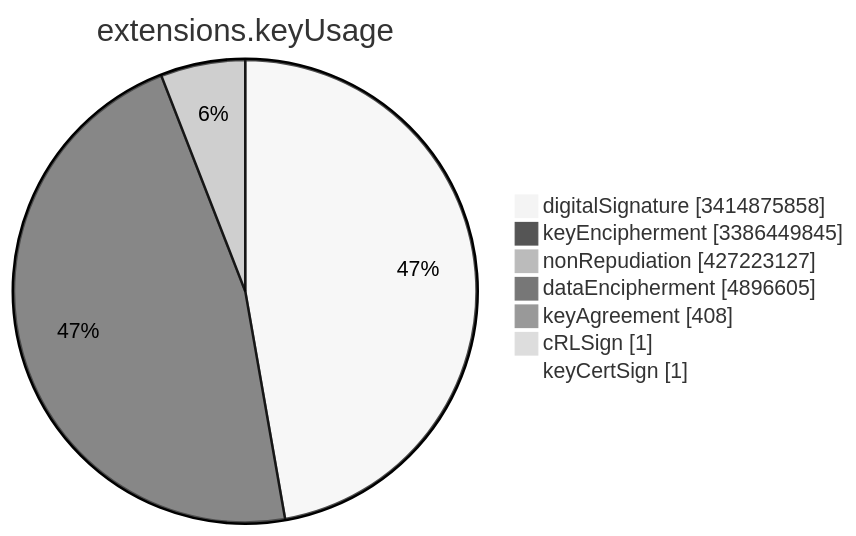
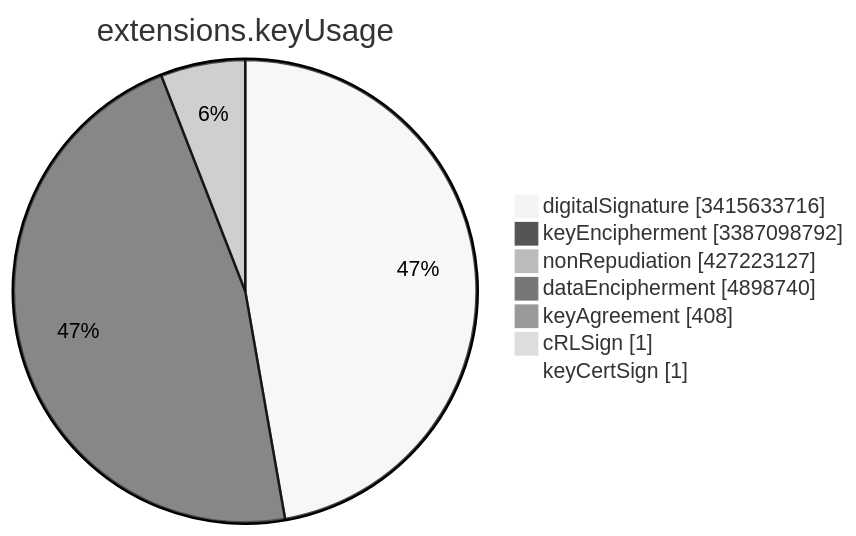
Before and after one commit to christiankrug/ctmonitor_visualization: the sixth of 15 diagrams in TOTAL/README.md, drawn with Mermaid (neutral theme). The commit also changed other lines of this file, not shown here.

````diff
--- a/TOTAL/README.md
+++ b/TOTAL/README.md
@@ -3081,11 +3081,11 @@
 ```mermaid
 pie showData
 title extensions.keyUsage
-"digitalSignature" :3414875858
-"keyEncipherment" :3386449845
+"digitalSignature" :3415633716
+"keyEncipherment" :3387098792
 "nonRepudiation" :427223127
-"dataEncipherment" :4896605
+"dataEncipherment" :4898740
 "keyAgreement" :408
 "cRLSign" :1
 "keyCertSign" :1
 ```
````
